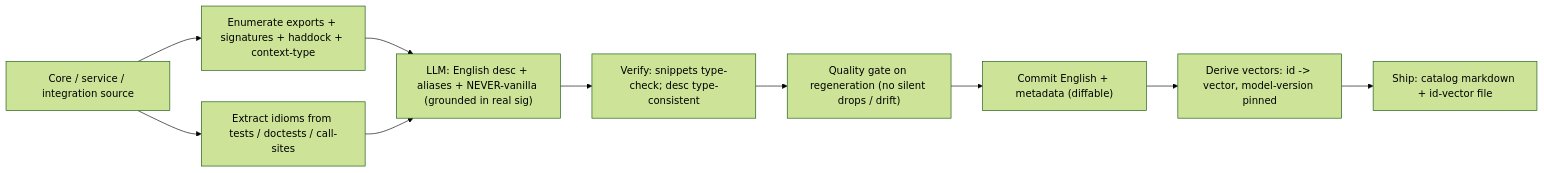
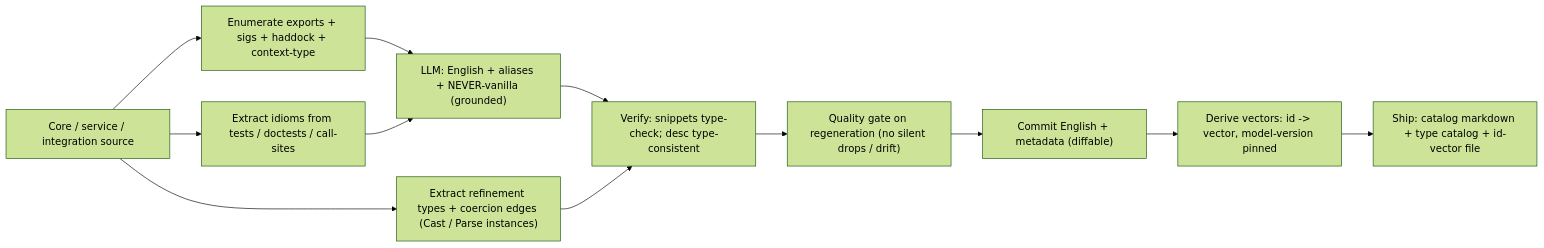
Before and after one commit to neohaskell/NeoHaskell: the first of 4 diagrams in docs/plans/2026-07-03-deterministic-pipelines-design.md, drawn with Mermaid (forest theme). The commit also changed other lines of this file, not shown here.

First line of the commit message:
docs: v3 design — type-modeling, typed-hole fill engine, P8, off-the-shelf models

````diff
--- a/docs/plans/2026-07-03-deterministic-pipelines-design.md
+++ b/docs/plans/2026-07-03-deterministic-pipelines-design.md
@@ -131,12 +111,14 @@
 ```mermaid
 flowchart LR
-    A["Core / service / integration source"] --> B["Enumerate exports + signatures + haddock + context-type"]
+    A["Core / service / integration source"] --> B["Enumerate exports + sigs + haddock + context-type"]
     A --> C["Extract idioms from tests / doctests / call-sites"]
-    B --> D["LLM: English desc + aliases + NEVER-vanilla (grounded in real sig)"]
+    A --> T["Extract refinement types + coercion edges (Cast / Parse instances)"]
+    B --> D["LLM: English + aliases + NEVER-vanilla (grounded)"]
     C --> D
     D --> E["Verify: snippets type-check; desc type-consistent"]
+    T --> E
     E --> QG["Quality gate on regeneration (no silent drops / drift)"]
     QG --> F["Commit English + metadata (diffable)"]
     F --> G["Derive vectors: id -> vector, model-version pinned"]
-    G --> H["Ship: catalog markdown + id-vector file"]
+    G --> H["Ship: catalog markdown + type catalog + id-vector file"]
 ```
````
